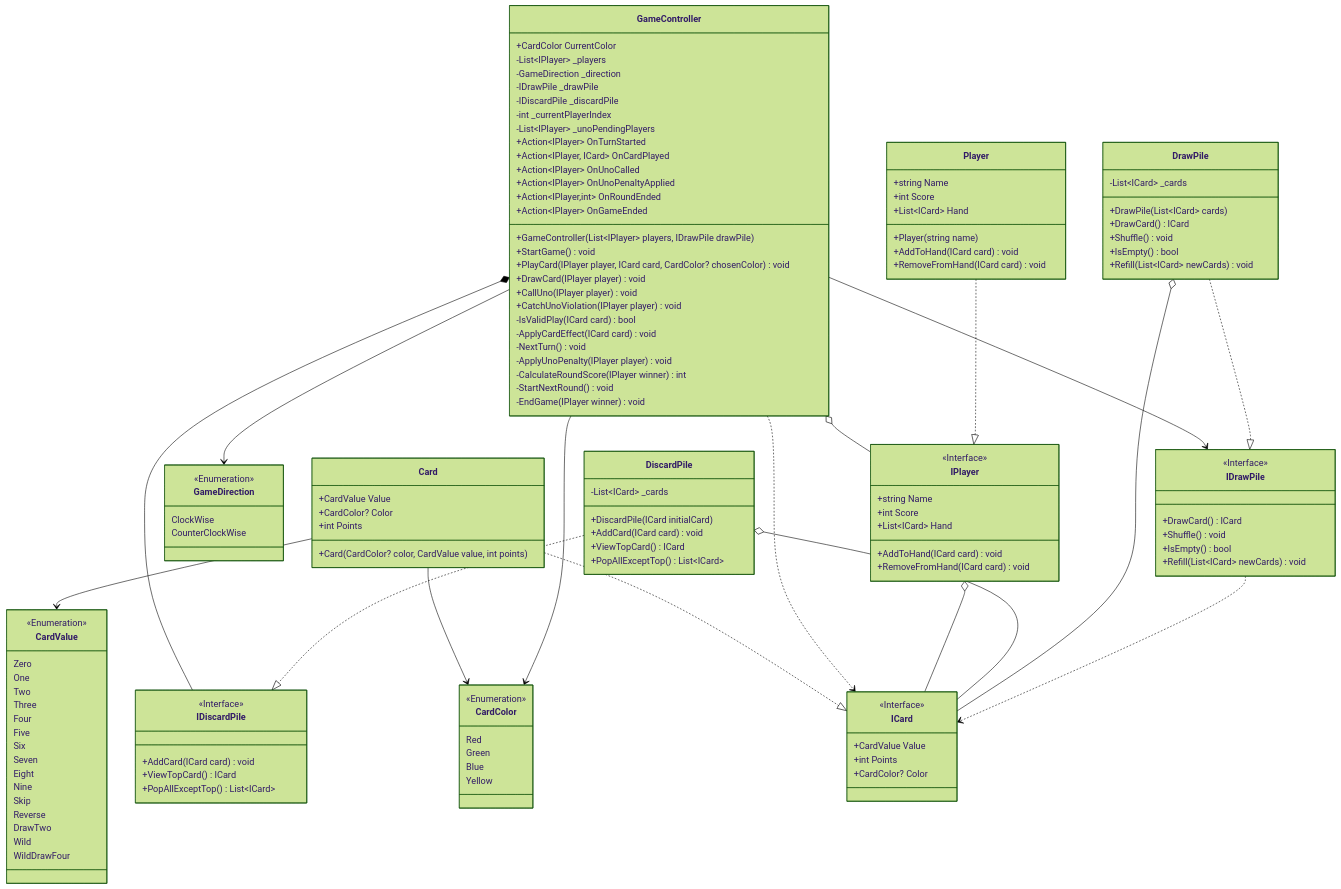
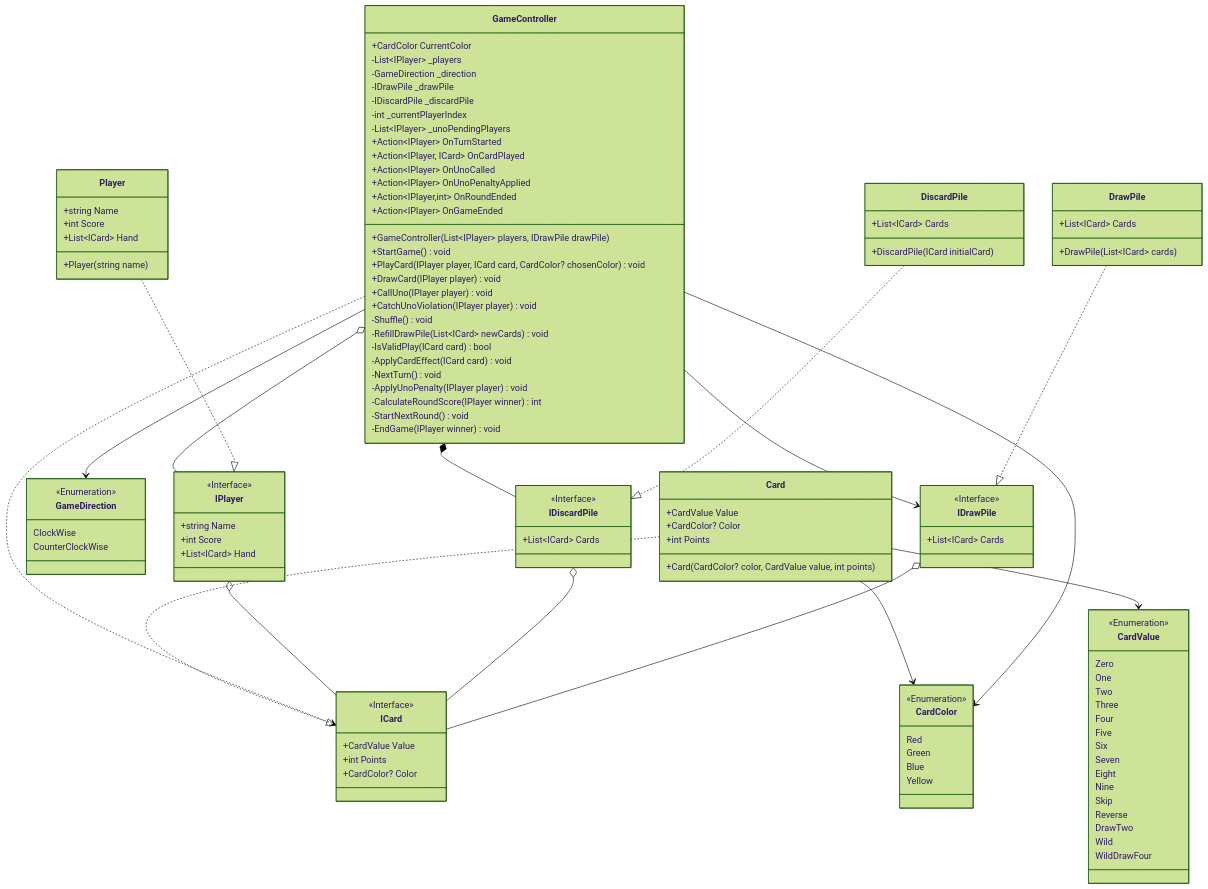
One commit to putramkti/batch-19 changed the diagram in IndividualProject/ClassDiagram/uno.md. Above: the diagram before and after it, drawn with Mermaid (forest theme).

Commit message:
update class diagram

````diff
--- a/IndividualProject/ClassDiagram/uno.md
+++ b/IndividualProject/ClassDiagram/uno.md
@@ -45,34 +45,36 @@
     }
 
     class IDiscardPile {
-        +AddCard(ICard card) void
-        +ViewTopCard() ICard
-        +PopAllExceptTop() List~ICard~
+        +List~ICard~ Cards
+        %% +AddCard(ICard card) void
+        %% +ViewTopCard() ICard
+        %% +PopAllExceptTop() List~ICard~
     }
 
     class IDrawPile {
-        +DrawCard() ICard
-        +Shuffle() void
-        +IsEmpty() bool
-        +Refill(List~ICard~ newCards) void
+        +List~ICard~ Cards
+        %% +DrawCard() ICard
+        %% +Shuffle() void
+        %% +IsEmpty() bool
+        %% +Refill(List~ICard~ newCards) void
 
     }
 
     class DrawPile {
-	    -List~ICard~ _cards
+	    +List~ICard~ Cards
         +DrawPile(List~ICard~ cards)
-        +DrawCard() ICard
-        +Shuffle() void
-        +IsEmpty() bool
-        +Refill(List~ICard~ newCards) void
+        %% +DrawCard() ICard
+        %% +Shuffle() void
+        %% +IsEmpty() bool
+        %% +Refill(List~ICard~ newCards) void
     }
 
     class DiscardPile {
-	    -List~ICard~ _cards
+	    +List~ICard~ Cards
         +DiscardPile(ICard initialCard)
-        +AddCard(ICard card) void
-        +ViewTopCard() ICard
-        +PopAllExceptTop() List~ICard~
+        %% +AddCard(ICard card) void
+        %% +ViewTopCard() ICard
+        %% +PopAllExceptTop() List~ICard~
     }
 
     class IPlayer {
@@ -80,8 +82,8 @@
         +int Score
         %% +IReadOnlyList~ICard~ Hand
         +List~ICard~ Hand
-        +AddToHand(ICard card) void
-        +RemoveFromHand(ICard card) void
+        %% +AddToHand(ICard card) void
+        %% +RemoveFromHand(ICard card) void
     }
 
     class Player {
@@ -90,8 +92,8 @@
         %% +IReadOnlyList~ICard~ Hand
         +List~ICard~ Hand
         +Player(string name)
-        +AddToHand(ICard card) void
-        +RemoveFromHand(ICard card) void
+        %% +AddToHand(ICard card) void
+        %% +RemoveFromHand(ICard card) void
     }
     
     class GameController{
@@ -117,6 +119,8 @@
         +CallUno(IPlayer player) void
         +CatchUnoViolation(IPlayer player) void
 
+        -Shuffle() void
+        -RefillDrawPile(List~ICard~ newCards) void
         -IsValidPlay(ICard card) bool
         -ApplyCardEffect(ICard card) void
         -NextTurn() void
@@ -154,13 +158,13 @@
     %% IDrawPile -- IDiscard
     %% IDiscardPile *-- ICard
     
+    IDiscardPile o-- ICard
     DiscardPile ..|> IDiscardPile
-    DiscardPile o-- ICard
 
     %% DrawPile --> ICard
-    DrawPile o-- ICard
+    %% DrawPile o-- ICard
 
-    IDrawPile ..> ICard
+    IDrawPile o-- ICard
     
     DrawPile ..|> IDrawPile
 ```
````
